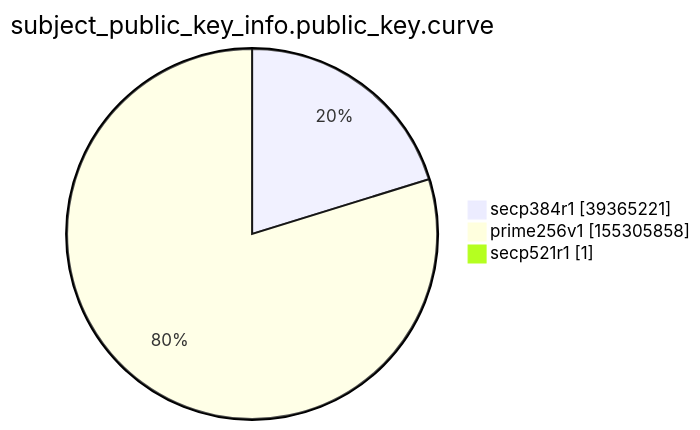
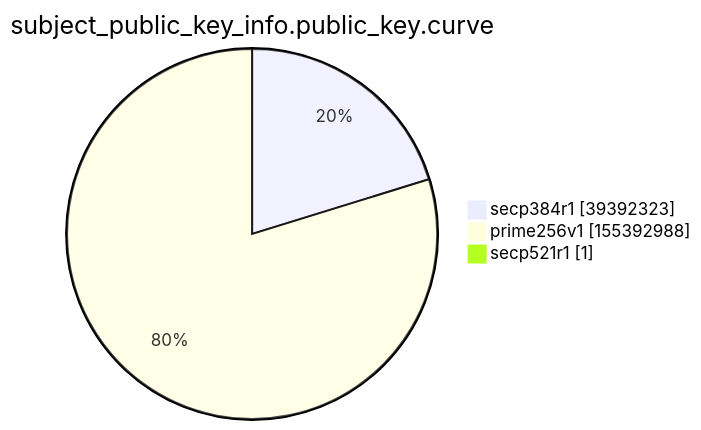
Before and after one commit to christiankrug/ctmonitor_visualization: the ninth of 15 diagrams in xenon2022/README.md, drawn with Mermaid. The commit also changed other lines of this file, not shown here.

````diff
--- a/xenon2022/README.md
+++ b/xenon2022/README.md
@@ -2865,7 +2865,7 @@
 ```mermaid
 pie showData
 title subject_public_key_info.public_key.curve
-"secp384r1" :39365221
-"prime256v1" :155305858
+"secp384r1" :39392323
+"prime256v1" :155392988
 "secp521r1" :1
 ```
````
